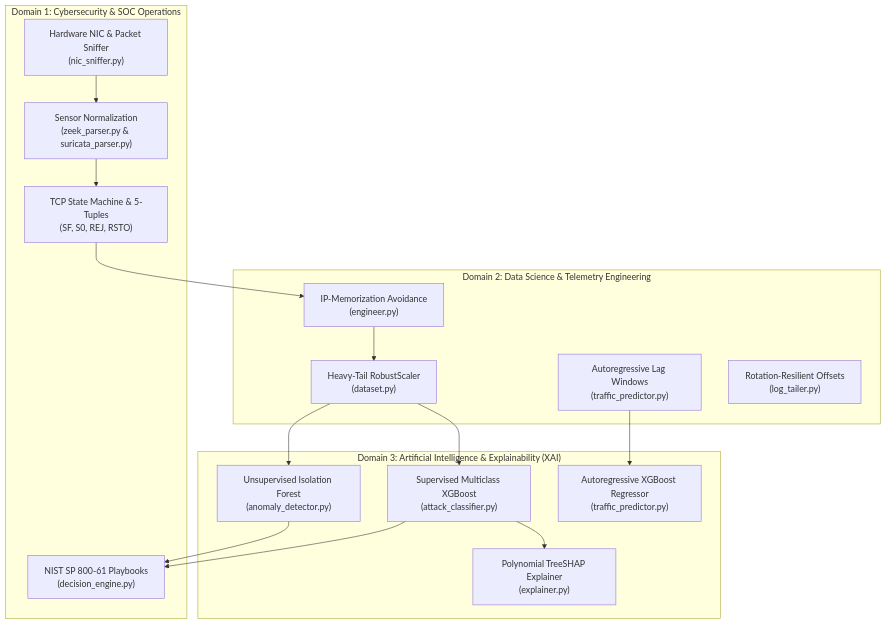
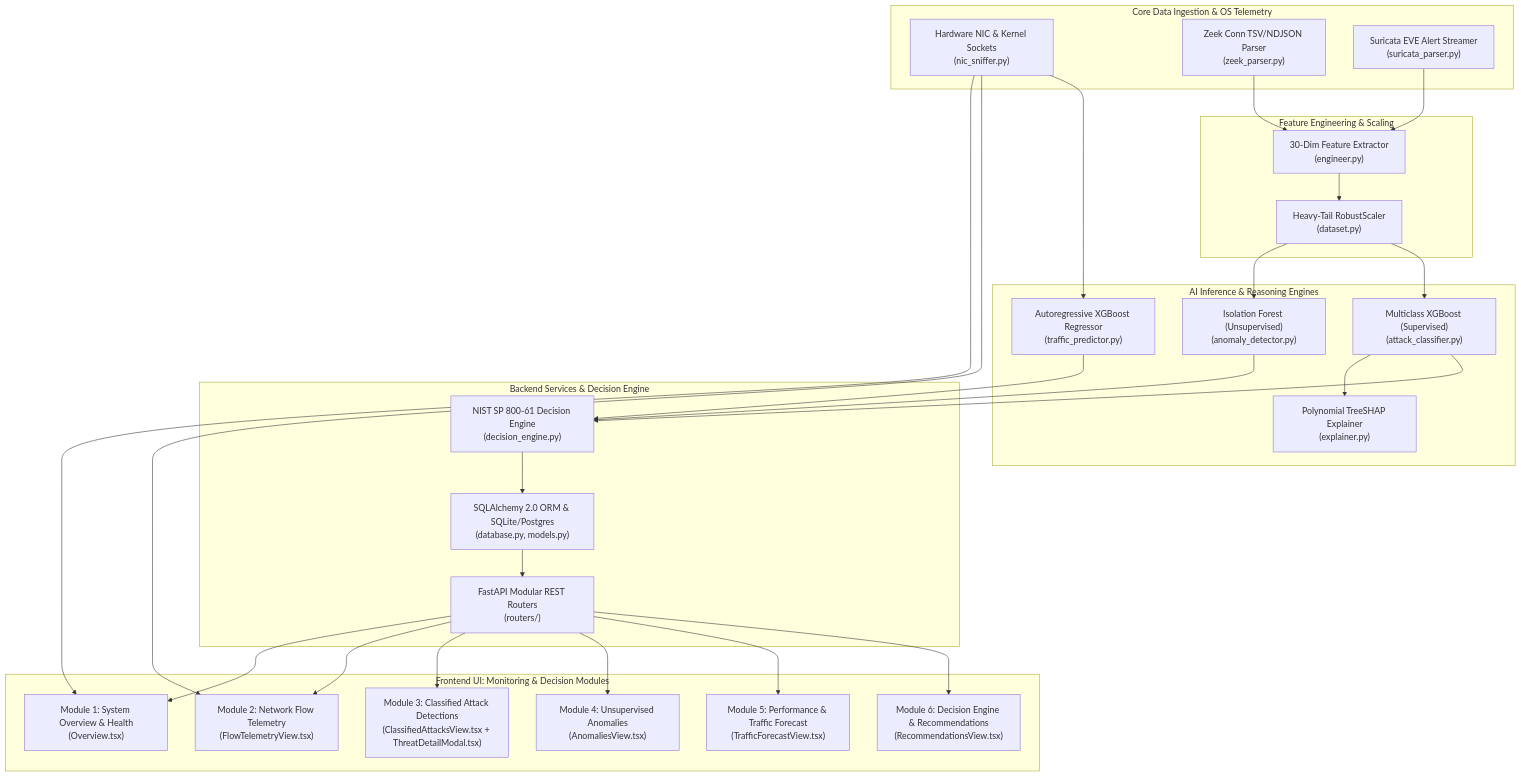
The diagram in FEATURE_REFERENCE.md (AtharvaTayade2005/NetMind_AI), drawn with Mermaid before and after one commit. The commit also changed other lines of this file, not shown here.

Commit message:
made some changes in feature reference file

````diff
--- a/FEATURE_REFERENCE.md
+++ b/FEATURE_REFERENCE.md
@@ -9,34 +9,56 @@
 ```mermaid
 graph TD
-    subgraph "Domain 1: Cybersecurity & SOC Operations"
-        D1_1["Hardware NIC & Packet Sniffer<br/>(nic_sniffer.py)"]
-        D1_2["Sensor Normalization<br/>(zeek_parser.py & suricata_parser.py)"]
-        D1_3["TCP State Machine & 5-Tuples<br/>(SF, S0, REJ, RSTO)"]
-        D1_4["NIST SP 800-61 Playbooks<br/>(decision_engine.py)"]
+    subgraph "Core Data Ingestion & OS Telemetry"
+        NIC["Hardware NIC & Kernel Sockets<br/>(nic_sniffer.py)"]
+        ZEEK["Zeek Conn TSV/NDJSON Parser<br/>(zeek_parser.py)"]
+        SURI["Suricata EVE Alert Streamer<br/>(suricata_parser.py)"]
     end
 
-    subgraph "Domain 2: Data Science & Telemetry Engineering"
-        D2_1["IP-Memorization Avoidance<br/>(engineer.py)"]
-        D2_2["Heavy-Tail RobustScaler<br/>(dataset.py)"]
-        D2_3["Autoregressive Lag Windows<br/>(traffic_predictor.py)"]
-        D2_4["Rotation-Resilient Offsets<br/>(log_tailer.py)"]
+    subgraph "Feature Engineering & Scaling"
+        ENG["30-Dim Feature Extractor<br/>(engineer.py)"]
+        SCALE["Heavy-Tail RobustScaler<br/>(dataset.py)"]
     end
 
-    subgraph "Domain 3: Artificial Intelligence & Explainability (XAI)"
-        D3_1["Unsupervised Isolation Forest<br/>(anomaly_detector.py)"]
-        D3_2["Supervised Multiclass XGBoost<br/>(attack_classifier.py)"]
-        D3_3["Autoregressive XGBoost Regressor<br/>(traffic_predictor.py)"]
-        D3_4["Polynomial TreeSHAP Explainer<br/>(explainer.py)"]
+    subgraph "AI Inference & Reasoning Engines"
+        IF["Isolation Forest (Unsupervised)<br/>(anomaly_detector.py)"]
+        XGB_C["Multiclass XGBoost (Supervised)<br/>(attack_classifier.py)"]
+        XGB_R["Autoregressive XGBoost Regressor<br/>(traffic_predictor.py)"]
+        SHAP["Polynomial TreeSHAP Explainer<br/>(explainer.py)"]
     end
 
-    D1_1 --> D1_2
-    D1_2 --> D1_3
-    D1_3 --> D2_1
-    D2_1 --> D2_2
-    D2_2 --> D3_1
-    D2_2 --> D3_2
-    D2_3 --> D3_3
-    D3_2 --> D3_4
-    D3_1 --> D1_4
-    D3_2 --> D1_4
+    subgraph "Backend Services & Decision Engine"
+        DB["SQLAlchemy 2.0 ORM & SQLite/Postgres<br/>(database.py, models.py)"]
+        DEC["NIST SP 800-61 Decision Engine<br/>(decision_engine.py)"]
+        API["FastAPI Modular REST Routers<br/>(routers/)"]
+    end
+
+    subgraph "Frontend UI: Monitoring & Decision Modules"
+        M1["Module 1: System Overview & Health<br/>(Overview.tsx)"]
+        M2["Module 2: Network Flow Telemetry<br/>(FlowTelemetryView.tsx)"]
+        M3["Module 3: Classified Attack Detections<br/>(ClassifiedAttacksView.tsx + ThreatDetailModal.tsx)"]
+        M4["Module 4: Unsupervised Anomalies<br/>(AnomaliesView.tsx)"]
+        M5["Module 5: Performance & Traffic Forecast<br/>(TrafficForecastView.tsx)"]
+        M6["Module 6: Decision Engine & Recommendations<br/>(RecommendationsView.tsx)"]
+    end
+
+    NIC --> M1
+    NIC --> M2
+    ZEEK --> ENG
+    SURI --> ENG
+    ENG --> SCALE
+    SCALE --> IF
+    SCALE --> XGB_C
+    NIC --> XGB_R
+    XGB_C --> SHAP
+    IF --> DEC
+    XGB_C --> DEC
+    XGB_R --> DEC
+    DEC --> DB
+    DB --> API
+    API --> M1
+    API --> M2
+    API --> M3
+    API --> M4
+    API --> M5
+    API --> M6
 ```
````
